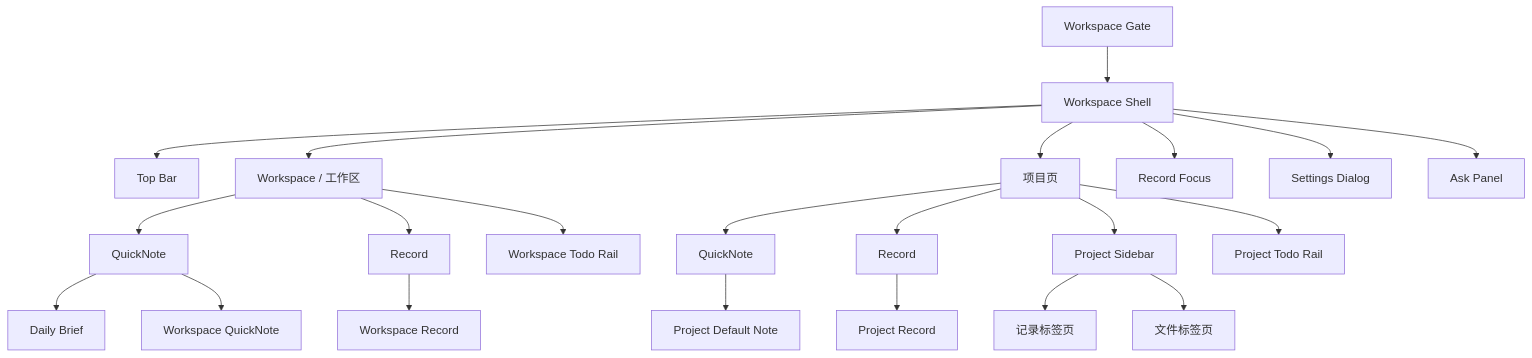
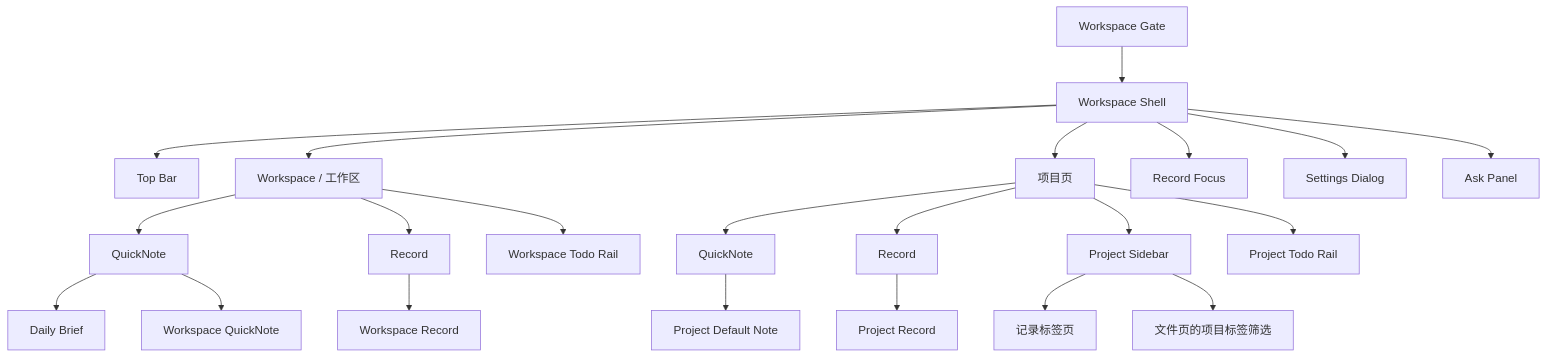
Before and after one commit to xuchen-cloud/project_mind: the diagram in docs/alpha-ux.md, drawn with Mermaid. The commit also changed 95 other files, not shown here.

````diff
--- a/docs/alpha-ux.md
+++ b/docs/alpha-ux.md
@@ -25,24 +25,24 @@
 ```mermaid
 flowchart TD
   A["Workspace Gate"] --> B["Workspace Shell"]
   B --> C["Top Bar"]
   B --> D["Workspace / 工作区"]
   B --> E["项目页"]
   B --> F["Record Focus"]
   B --> G["Settings Dialog"]
   B --> H["Ask Panel"]
   D --> I["QuickNote"]
   D --> J["Record"]
   I --> K["Daily Brief"]
   I --> L["Workspace QuickNote"]
   J --> M["Workspace Record"]
   D --> N["Workspace Todo Rail"]
   E --> O["QuickNote"]
   E --> P["Record"]
   O --> Q["Project Default Note"]
   P --> R["Project Record"]
   E --> S["Project Sidebar"]
   E --> T["Project Todo Rail"]
   S --> U["记录标签页"]
-  S --> V["文件标签页"]
+  S --> V["文件页的项目标签筛选"]
 ```
````
